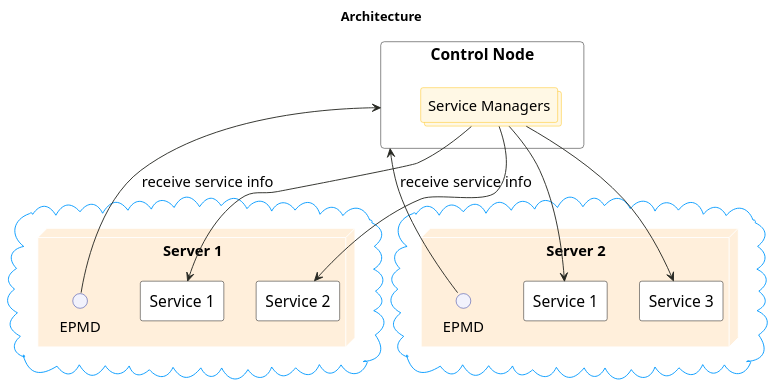
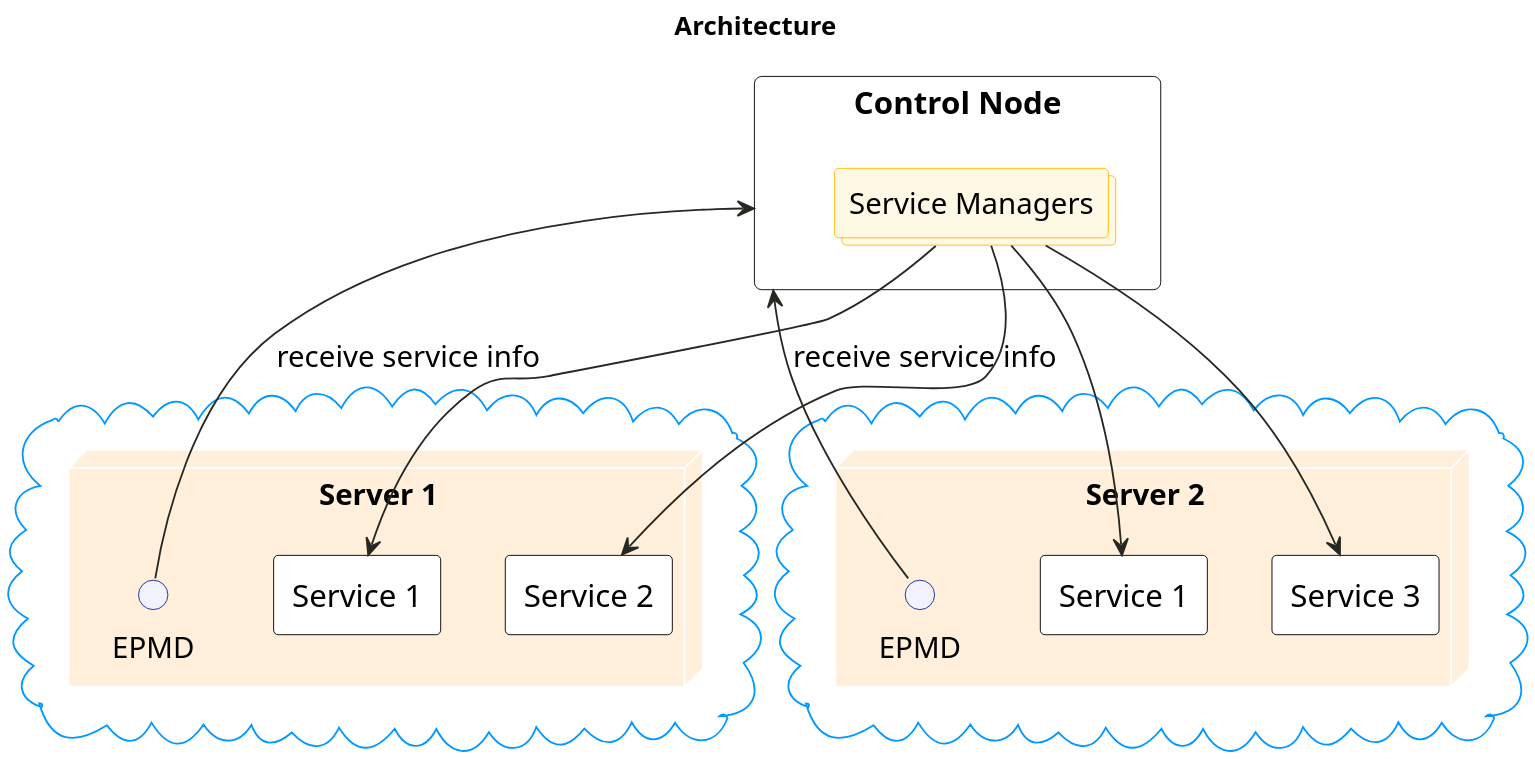
One commit to beamX/control-node changed the diagram in assets/how_it_works.puml. Above: the diagram before and after it, drawn with PlantUML. The commit also changed 2 other files, not shown here.

```diff
--- a/assets/how_it_works.puml
+++ b/assets/how_it_works.puml
@@ -1,95 +1,95 @@
 @startuml
 
-scale 1024 width
+scale 2048 width
 
 
 '
 ' Styling
 '
 skinparam {
         DefaultFontName    Fira Sans Compressed
         Shadowing false
         RoundCorner 8
         TitleBorderRoundCorner 5
         DefaultFontSize 16
         Padding 0
 }
 
 skinparam component {
         FontName           Fira Sans Compressed
         FontColor          black
         AttributeFontColor black
         FontSize           17
         BackgroundColor    #fff
         BorderColor        black
         BorderThickness    0.5
         ArrowColor         #272822
 }
 
 skinparam rectangle {
         BackgroundColor    #f8fbfb
         BorderColor        #005247
         BorderThickness    1
 }
 
 skinparam node {
         BackgroundColor #ffefdb
         BorderColor #fff
 }
 
 skinparam cloud {
         BorderColor #0099ff
 }
 
 skinparam frame {
         BorderColor #ae81ff
         FontStyle regular
 }
 
 skinparam interface {
         BackgroundColor #f2f2fc
         BorderColor #182799
 }
 
 skinparam collections {
         BackgroundColor #fff8e5
         BorderColor #ffbe00
 }
 
 
 skinparam note {
         BackgroundColor #f8f8f2
         BorderColor #272822
 }
 
 title Architecture
 skinparam componentStyle rectangle
 
 cloud {
         node "Server 1" {
                 component "Service 1" as service1vm1
                 component "Service 2" as service2vm1
                 interface "EPMD" as EPMDvm1
         }
 }
 
 cloud {
         node "Server 2" {
                 component "Service 1" as service1vm2
                 component "Service 3" as service3vm2
                 interface "EPMD" as EPMDvm2
         }
 }
 
 component "Control Node" as control_node {
         collections "Service Managers" as service_FSMs
 }
 
 service_FSMs --> service1vm1
 service_FSMs --> service2vm1
 service_FSMs --> service1vm2
 service_FSMs --> service3vm2
 control_node <-- EPMDvm1 : receive service info
 control_node <-- EPMDvm2 : receive service info
 
 @enduml
```
